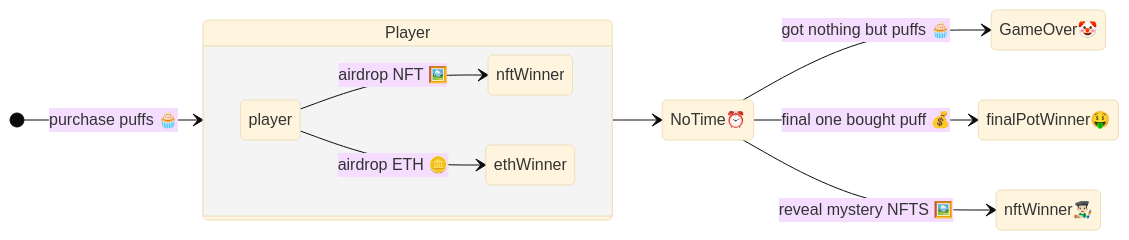
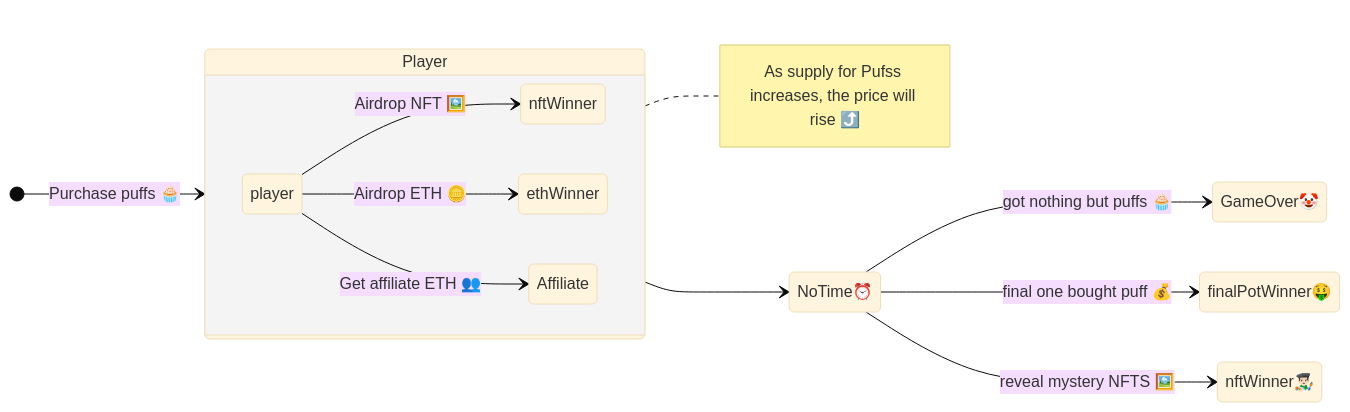
The first of 3 diagrams in README.md (kryan19k/FoMoXD), drawn with Mermaid (base theme) before and after one commit. The commit also changed other lines of this file, not shown here.

````diff
--- a/README.md
+++ b/README.md
@@ -20,14 +26,18 @@
 ```mermaid
 stateDiagram
     direction LR
-    [*] --> Player: purchase puffs 🧁
+    [*] --> Player: Purchase puffs 🧁
+    note right of Player
+       As supply for Pufss increases, the price will rise ⤴️
+    end note
     state Player {
       direction LR
-      player --> nftWinner: airdrop NFT 🖼️
-      player --> ethWinner: airdrop ETH 🪙
+      player --> nftWinner: Airdrop NFT 🖼️
+      player --> ethWinner: Airdrop ETH 🪙
+      player --> Affiliate: Get affiliate ETH 👥
     }
     Player --> NoTime⏰ 
     NoTime⏰  --> GameOver🤡 : got nothing but puffs 🧁
     NoTime⏰  --> finalPotWinner🤑: final one bought puff 💰
     NoTime⏰  --> nftWinner👨🏻‍🎨: reveal mystery NFTS 🖼️
 ```
````
